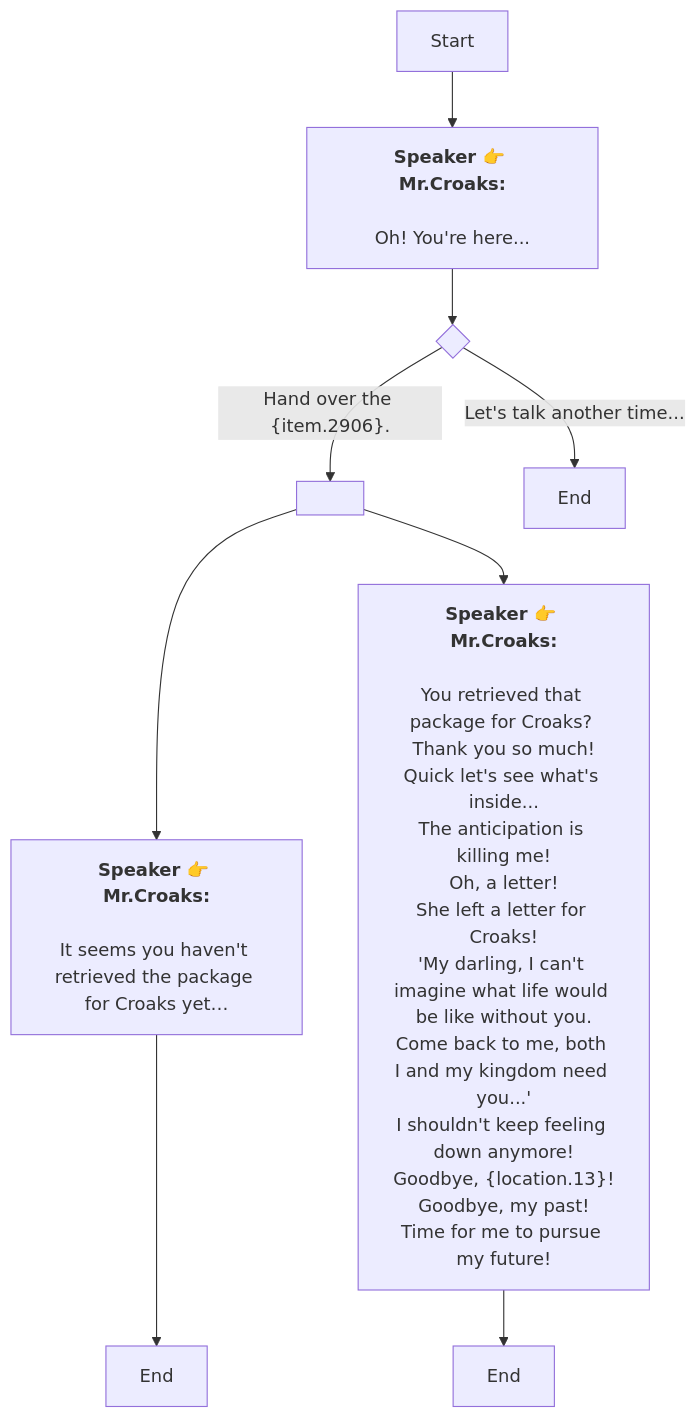
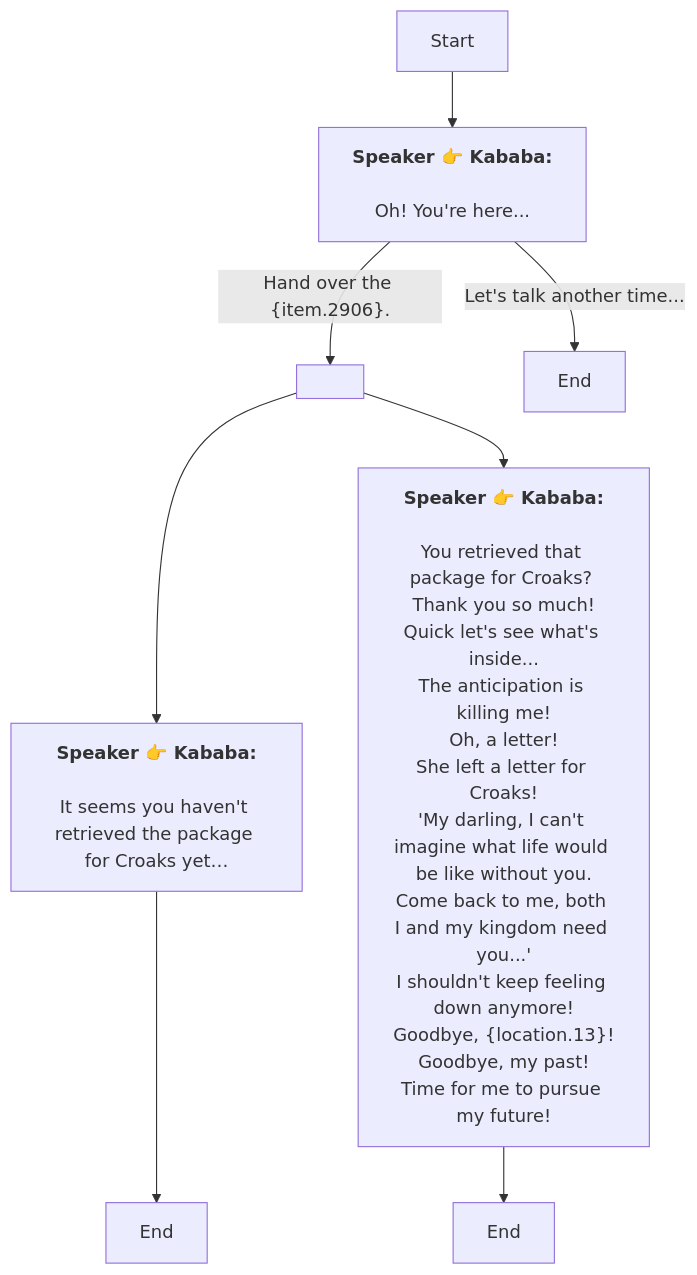
The diagram in En/QuestTalkObjectiveNode_1737569690574121.md (SoftHu/tos_avg), drawn with Mermaid before and after one commit. The commit also changed 737 other files, not shown here.

````diff
--- a/En/QuestTalkObjectiveNode_1737569690574121.md
+++ b/En/QuestTalkObjectiveNode_1737569690574121.md
@@ -1,28 +1,20 @@
 ```mermaid
 graph
-Start -->1738900584411450[<b>Speaker 👉 Mr.Croaks:</b>
-
-Oh! You're here...]
-1738900584411450 -->1738900636464444{ }
-1738900636464444 -->|Hand over the &lbrace;item.2906&rbrace;.|1738361726628956[ ]
-1738900636464444 -->|Let's talk another time...|1738900772840769[End]
-1738361726628956 -->1737632949065013[<b>Speaker 👉 Mr.Croaks:</b>
-
-It seems you haven't retrieved the package for Croaks yet…]
-1738361726628956 -->1737571406559532[<b>Speaker 👉 Mr.Croaks:</b>
-
-You retrieved that package for Croaks? Thank you so much!
+Start -->1738900584411450[<b>Speaker 👉 Kababa:</b>
+\nOh! You're here...]
+1738900584411450 -->|Hand over the &lbrace;item.2906&rbrace;.|1738361726628956[ ]
+1738900584411450 -->|Let's talk another time...|1738900772840769[End]
+1738361726628956 -->1737632949065013[<b>Speaker 👉 Kababa:</b>
+\nIt seems you haven't retrieved the package for Croaks yet…]
+1738361726628956 -->1737571406559532[<b>Speaker 👉 Kababa:</b>
+\nYou retrieved that package for Croaks? Thank you so much!
 Quick let's see what's inside...
-The anticipation is killing me!
-Oh, a letter!
-She left a letter for Croaks!
-'My darling, I can't imagine what life would be like without you.
-Come back to me, both I and my kingdom need you...'
-I shouldn't keep feeling down anymore!
+The anticipation is killing me!\nOh, a letter!
+She left a letter for Croaks!\n'My darling, I can't imagine what life would be like without you.
+Come back to me, both I and my kingdom need you...'\nI shouldn't keep feeling down anymore!
 Goodbye, &lbrace;location.13&rbrace;!
-Goodbye, my past!
-Time for me to pursue my future!]
+Goodbye, my past!\nTime for me to pursue my future!]
 1737632949065013 -->1738361774200925[End]
 1737571406559532 -->1737632572734770[End]
 
- ```
+```
````
